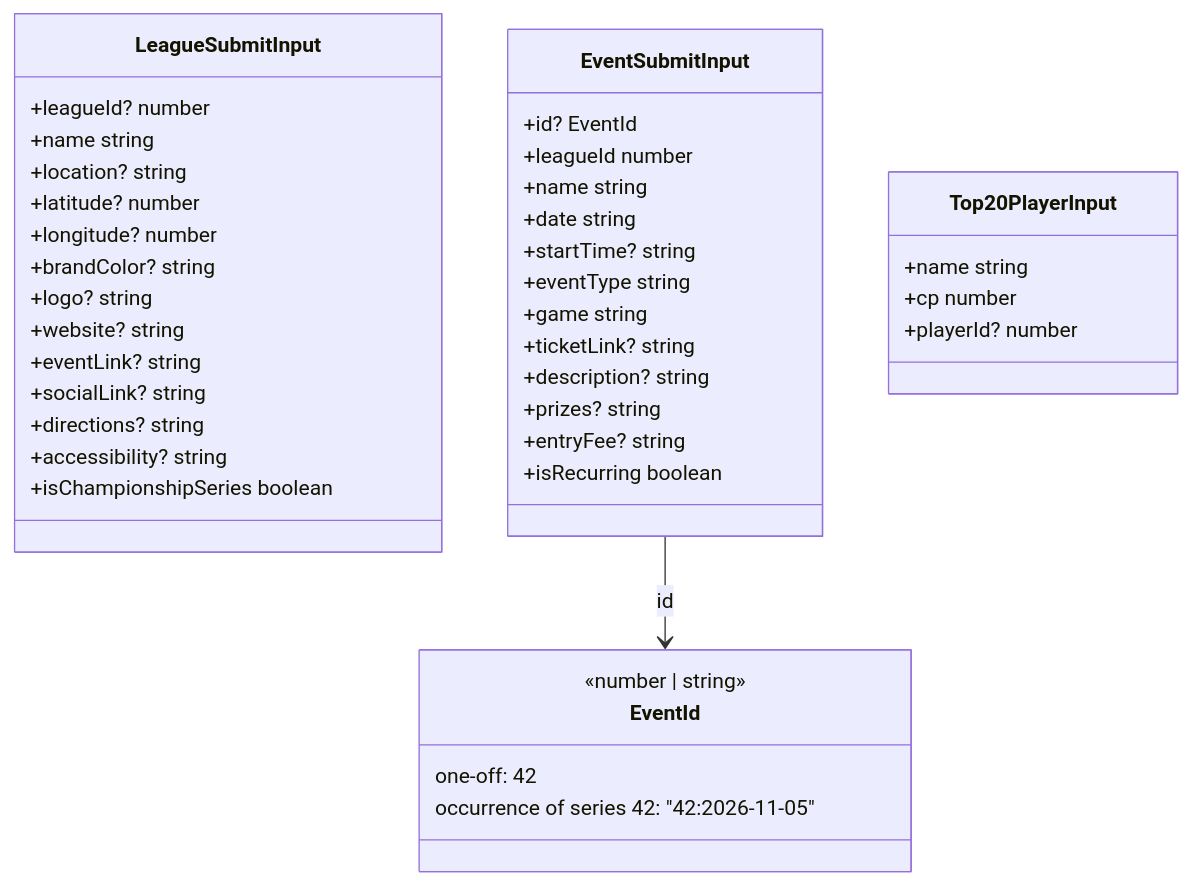
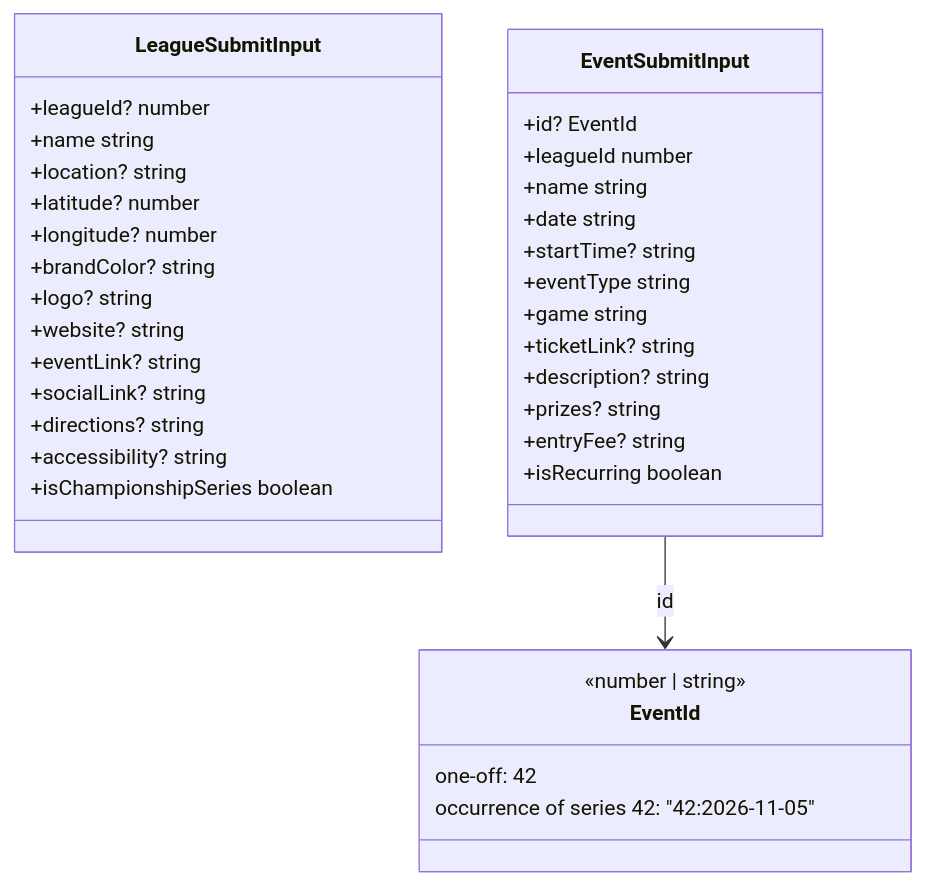
Before and after one commit to L1UK3/playsouthwales: the second of 2 diagrams in docs/server_functions.md, drawn with Mermaid. The commit also changed other lines of this file and 1 other file, not shown here.

````diff
--- a/docs/server_functions.md
+++ b/docs/server_functions.md
@@ -114,47 +105,41 @@
 ```mermaid
 classDiagram
     class LeagueSubmitInput {
         +leagueId? number
         +name string
         +location? string
         +latitude? number
         +longitude? number
         +brandColor? string
         +logo? string
         +website? string
         +eventLink? string
         +socialLink? string
         +directions? string
         +accessibility? string
         +isChampionshipSeries boolean
     }
 
     class EventSubmitInput {
         +id? EventId
         +leagueId number
         +name string
         +date string
         +startTime? string
         +eventType string
         +game string
         +ticketLink? string
         +description? string
         +prizes? string
         +entryFee? string
         +isRecurring boolean
     }
 
     class EventId {
         <<number | string>>
         one-off: 42
         occurrence of series 42: "42:2026-11-05"
     }
 
-    class Top20PlayerInput {
-        +name string
-        +cp number
-        +playerId? number
-    }
-
     EventSubmitInput --> EventId : id
 ```
````
